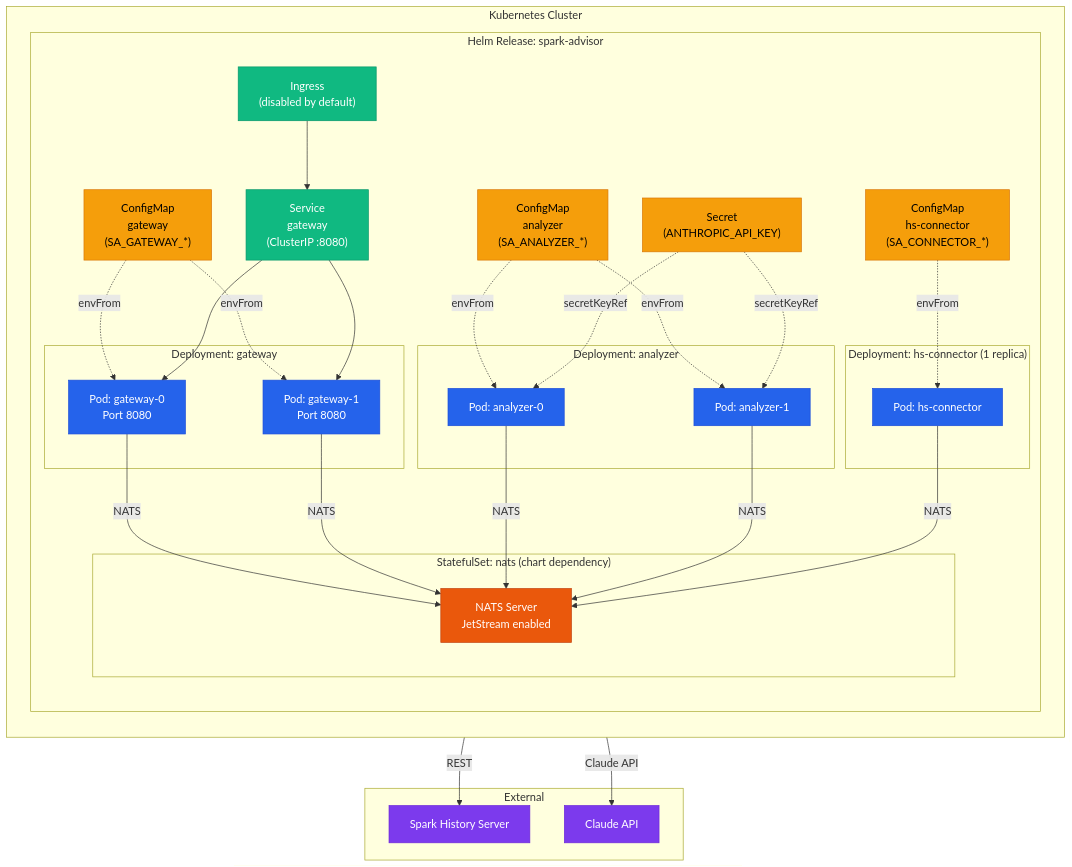
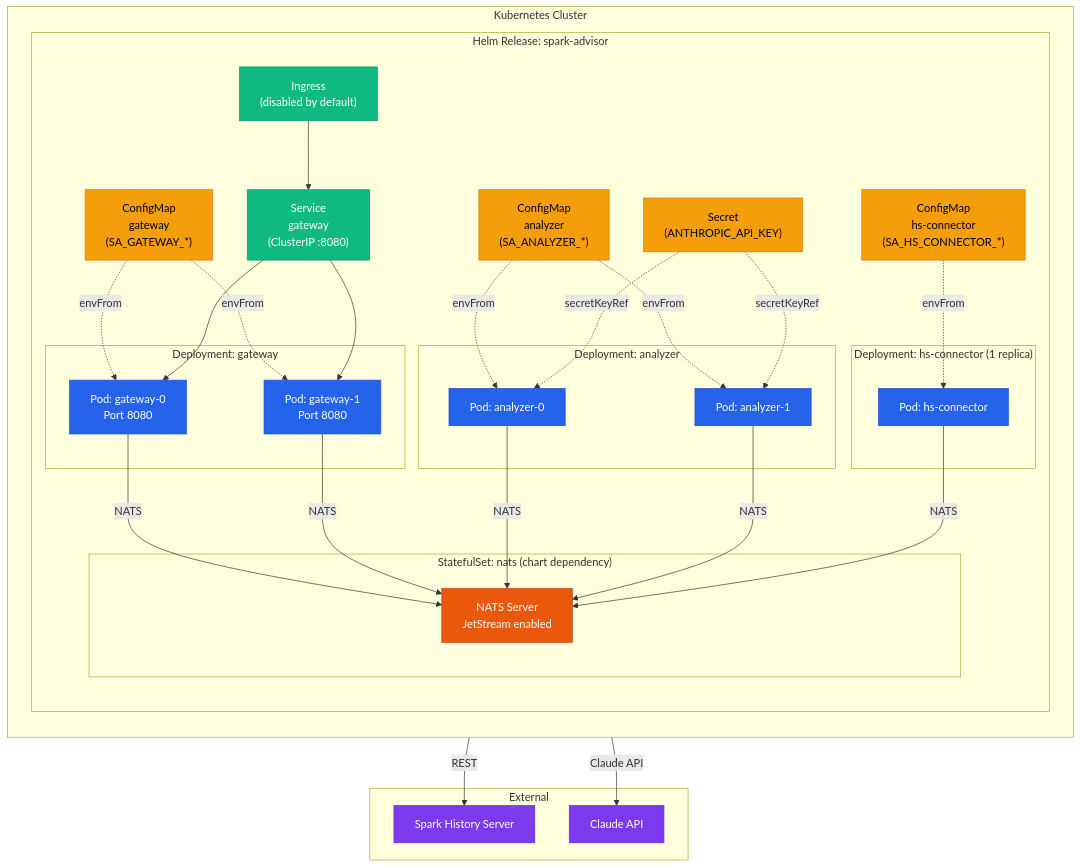
The diagram in docs/diagrams/06-k8s-deployment.mmd (pstysz/spark-advisor), drawn with Mermaid before and after one commit. The commit also changed 56 other files, not shown here.

```diff
--- a/docs/diagrams/06-k8s-deployment.mmd
+++ b/docs/diagrams/06-k8s-deployment.mmd
@@ -1,71 +1,71 @@
 graph TB
     subgraph k8s["Kubernetes Cluster"]
         direction TB
 
         subgraph ns["Helm Release: spark-advisor"]
             direction TB
 
             subgraph gw_deploy["Deployment: gateway"]
                 POD_GW1["Pod: gateway-0<br/>Port 8080"]
                 POD_GW2["Pod: gateway-1<br/>Port 8080"]
             end
 
             subgraph analyzer_deploy["Deployment: analyzer"]
                 POD_A1["Pod: analyzer-0"]
                 POD_A2["Pod: analyzer-1"]
             end
 
             subgraph conn_deploy["Deployment: hs-connector (1 replica)"]
                 POD_C["Pod: hs-connector"]
             end
 
             CM_GW["ConfigMap<br/>gateway<br/>(SA_GATEWAY_*)"]
             CM_A["ConfigMap<br/>analyzer<br/>(SA_ANALYZER_*)"]
-            CM_C["ConfigMap<br/>hs-connector<br/>(SA_CONNECTOR_*)"]
+            CM_C["ConfigMap<br/>hs-connector<br/>(SA_HS_CONNECTOR_*)"]
             SECRET["Secret<br/>(ANTHROPIC_API_KEY)"]
             SVC_GW["Service<br/>gateway<br/>(ClusterIP :8080)"]
             INGRESS["Ingress<br/>(disabled by default)"]
 
             subgraph nats_sts["StatefulSet: nats (chart dependency)"]
                 NATS["NATS Server<br/>JetStream enabled"]
             end
         end
     end
 
     subgraph external["External"]
         HS_EXT["Spark History Server"]
         CLAUDE["Claude API"]
     end
 
     CM_GW -.->|envFrom| POD_GW1
     CM_GW -.->|envFrom| POD_GW2
     CM_A -.->|envFrom| POD_A1
     CM_A -.->|envFrom| POD_A2
     SECRET -.->|secretKeyRef| POD_A1
     SECRET -.->|secretKeyRef| POD_A2
     CM_C -.->|envFrom| POD_C
 
     INGRESS --> SVC_GW
     SVC_GW --> POD_GW1
     SVC_GW --> POD_GW2
 
     POD_GW1 -->|"NATS"| NATS
     POD_GW2 -->|"NATS"| NATS
     POD_A1 -->|"NATS"| NATS
     POD_A2 -->|"NATS"| NATS
     POD_C -->|"NATS"| NATS
 
     POD_C -->|"REST"| HS_EXT
     POD_A1 -->|"Claude API"| CLAUDE
 
     classDef podStyle fill:#2563eb,stroke:#1d4ed8,color:#fff
     classDef cfgStyle fill:#f59e0b,stroke:#d97706,color:#000
     classDef natsStyle fill:#ea580c,stroke:#c2410c,color:#fff
     classDef extStyle fill:#7c3aed,stroke:#6d28d9,color:#fff
     classDef netStyle fill:#10b981,stroke:#059669,color:#fff
 
     class POD_GW1,POD_GW2,POD_A1,POD_A2,POD_C podStyle
     class CM_GW,CM_A,CM_C,SECRET cfgStyle
     class NATS natsStyle
     class HS_EXT,CLAUDE extStyle
     class SVC_GW,INGRESS netStyle
```
